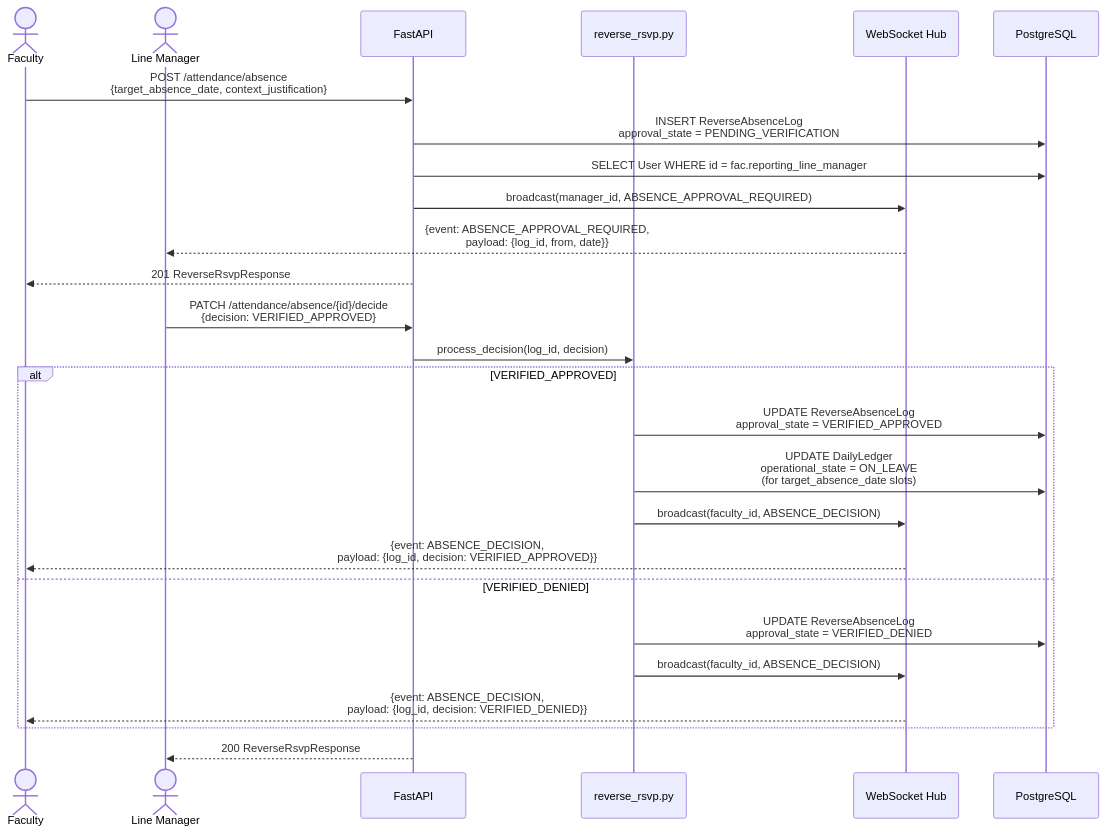
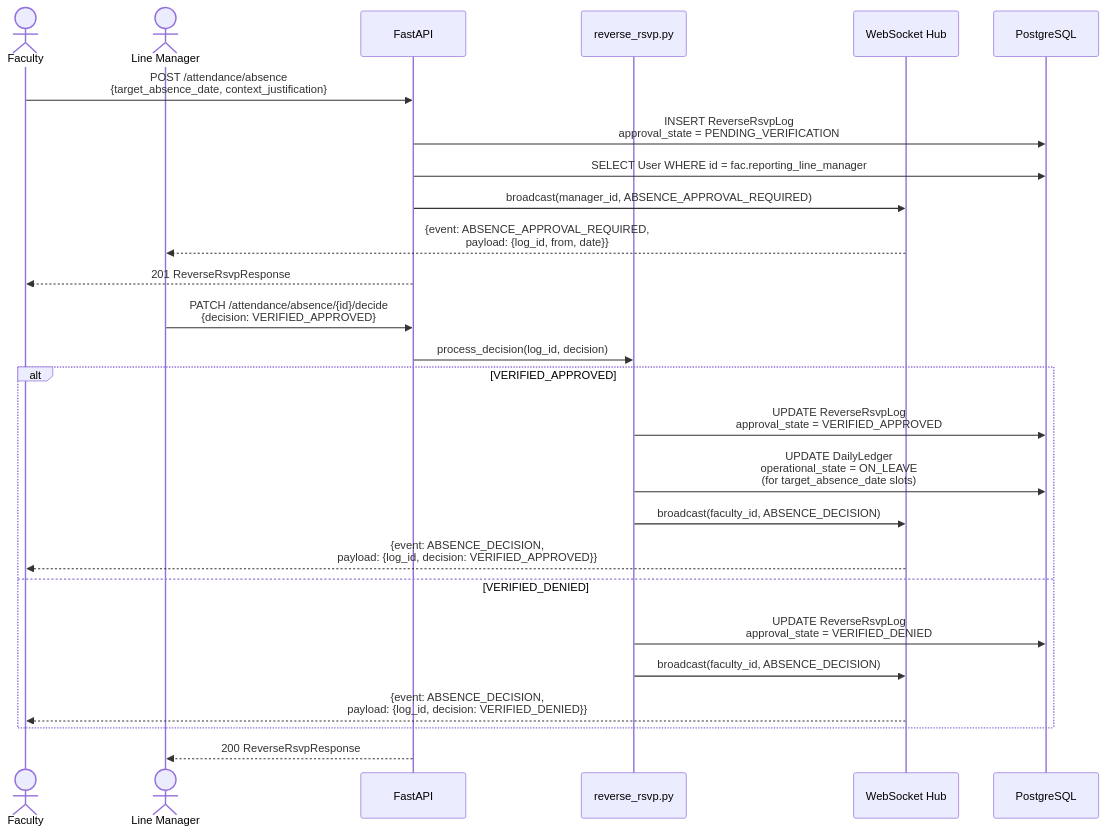
One commit to Life-Experimentalist/Chronos-Ledger changed the second of 4 diagrams in docs/flows.md. Above: the diagram before and after it, drawn with Mermaid. The commit also changed other lines of this file and 3 other files, not shown here.

````diff
--- a/docs/flows.md
+++ b/docs/flows.md
@@ -56,32 +56,32 @@
 ```mermaid
 sequenceDiagram
     actor Fac as Faculty
     actor Mgr as Line Manager
     participant API as FastAPI
     participant RSVP as reverse_rsvp.py
     participant WS as WebSocket Hub
     participant DB as PostgreSQL
 
     Fac->>API: POST /attendance/absence<br/>{target_absence_date, context_justification}
-    API->>DB: INSERT ReverseAbsenceLog<br/>approval_state = PENDING_VERIFICATION
+    API->>DB: INSERT ReverseRsvpLog<br/>approval_state = PENDING_VERIFICATION
     API->>DB: SELECT User WHERE id = fac.reporting_line_manager
     API->>WS: broadcast(manager_id, ABSENCE_APPROVAL_REQUIRED)
     WS-->>Mgr: {event: ABSENCE_APPROVAL_REQUIRED,<br/>payload: {log_id, from, date}}
     API-->>Fac: 201 ReverseRsvpResponse
 
     Mgr->>API: PATCH /attendance/absence/{id}/decide<br/>{decision: VERIFIED_APPROVED}
     API->>RSVP: process_decision(log_id, decision)
 
     alt VERIFIED_APPROVED
-        RSVP->>DB: UPDATE ReverseAbsenceLog<br/>approval_state = VERIFIED_APPROVED
+        RSVP->>DB: UPDATE ReverseRsvpLog<br/>approval_state = VERIFIED_APPROVED
         RSVP->>DB: UPDATE DailyLedger<br/>operational_state = ON_LEAVE<br/>(for target_absence_date slots)
         RSVP->>WS: broadcast(faculty_id, ABSENCE_DECISION)
         WS-->>Fac: {event: ABSENCE_DECISION,<br/>payload: {log_id, decision: VERIFIED_APPROVED}}
     else VERIFIED_DENIED
-        RSVP->>DB: UPDATE ReverseAbsenceLog<br/>approval_state = VERIFIED_DENIED
+        RSVP->>DB: UPDATE ReverseRsvpLog<br/>approval_state = VERIFIED_DENIED
         RSVP->>WS: broadcast(faculty_id, ABSENCE_DECISION)
         WS-->>Fac: {event: ABSENCE_DECISION,<br/>payload: {log_id, decision: VERIFIED_DENIED}}
     end
 
     API-->>Mgr: 200 ReverseRsvpResponse
 ```
````
